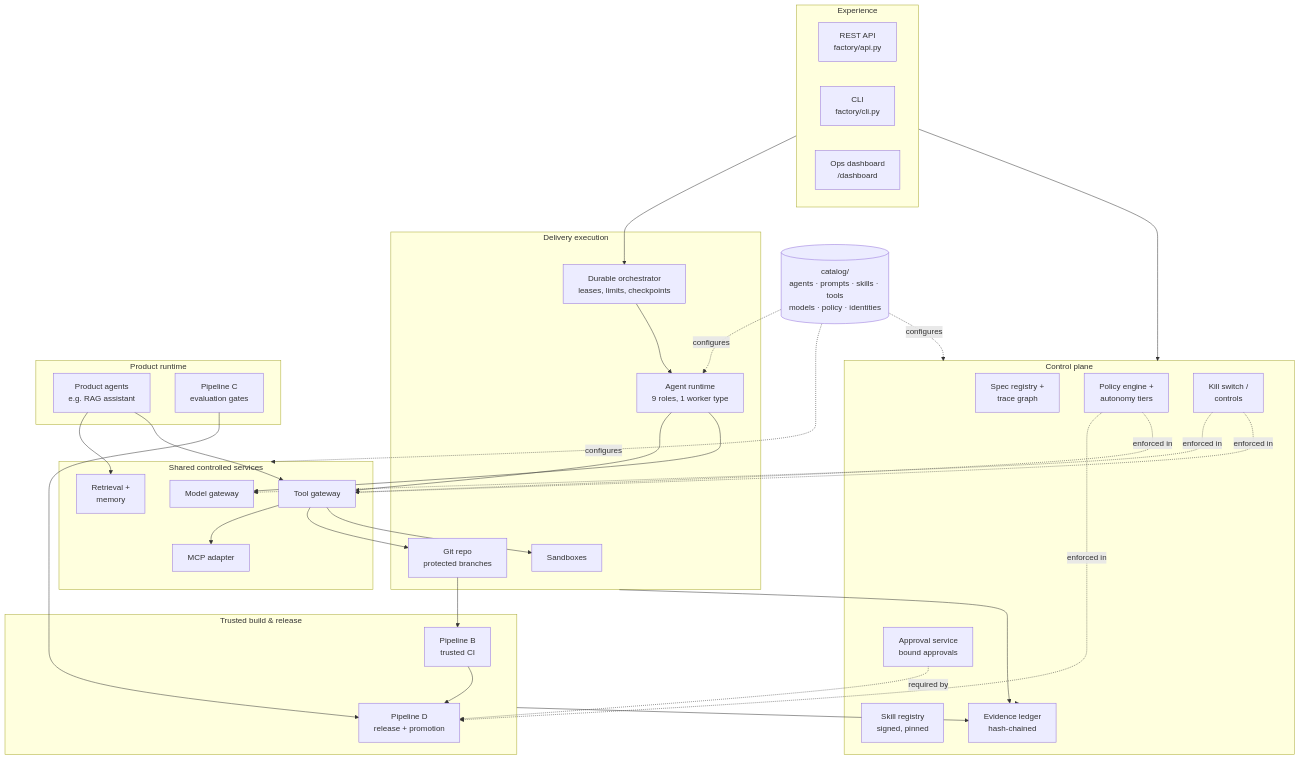
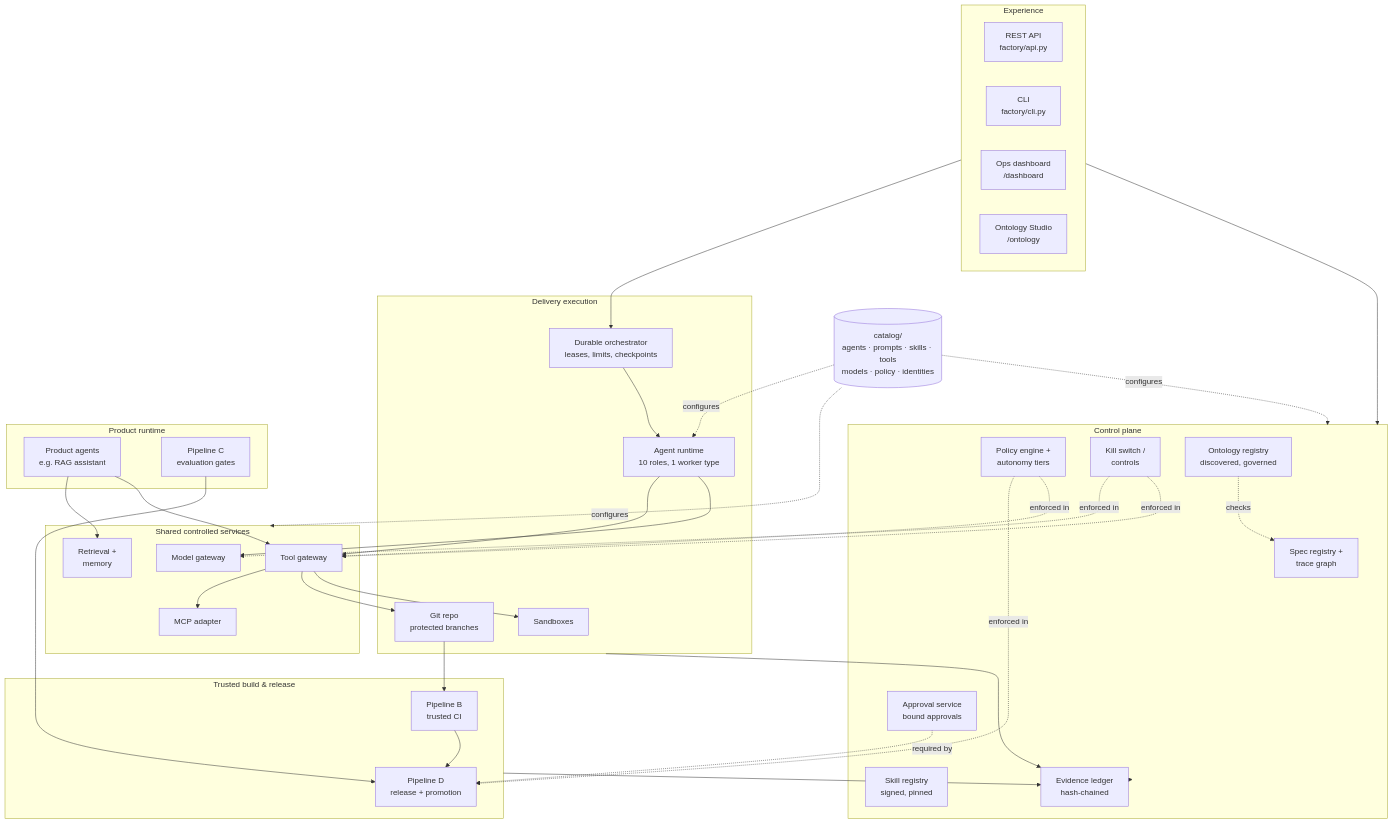
Before and after one commit to sunkarmil-stack/AI-Software-Factory: the first of 4 diagrams in README.md, drawn with Mermaid. The commit also changed other lines of this file and 38 other files, not shown here.

````diff
--- a/README.md
+++ b/README.md
@@ -87,68 +103,71 @@
 ```mermaid
 flowchart TB
     subgraph EXP["Experience"]
         API["REST API<br/>factory/api.py"]
         CLI["CLI<br/>factory/cli.py"]
         DASH["Ops dashboard<br/>/dashboard"]
+        OSTU["Ontology Studio<br/>/ontology"]
     end
 
     subgraph CP["Control plane"]
         SPEC["Spec registry +<br/>trace graph"]
         POL["Policy engine +<br/>autonomy tiers"]
         APR["Approval service<br/>bound approvals"]
         SKR["Skill registry<br/>signed, pinned"]
         EVD["Evidence ledger<br/>hash-chained"]
         CTL["Kill switch /<br/>controls"]
+        ONT["Ontology registry<br/>discovered, governed"]
     end
 
     subgraph DE["Delivery execution"]
         ORC["Durable orchestrator<br/>leases, limits, checkpoints"]
-        AG["Agent runtime<br/>9 roles, 1 worker type"]
+        AG["Agent runtime<br/>10 roles, 1 worker type"]
         SBX["Sandboxes"]
         REPO["Git repo<br/>protected branches"]
     end
 
     subgraph TB2["Trusted build & release"]
         CI["Pipeline B<br/>trusted CI"]
         REL["Pipeline D<br/>release + promotion"]
     end
 
     subgraph SH["Shared controlled services"]
         MGW["Model gateway"]
         TGW["Tool gateway"]
         MCP["MCP adapter"]
         RET["Retrieval +<br/>memory"]
     end
 
     subgraph PR["Product runtime"]
         RAG["Product agents<br/>e.g. RAG assistant"]
         EVAL["Pipeline C<br/>evaluation gates"]
     end
 
     CAT[("catalog/<br/>agents · prompts · skills · tools<br/>models · policy · identities")]
 
     EXP --> CP
     EXP --> ORC
     ORC --> AG
     AG --> MGW
     AG --> TGW
     TGW --> SBX
     TGW --> REPO
     TGW --> MCP
     RAG --> TGW
     RAG --> RET
     REPO --> CI
     CI --> REL
     EVAL --> REL
     CAT -. configures .-> CP
     CAT -. configures .-> AG
     CAT -. configures .-> SH
     POL -. enforced in .-> TGW
     POL -. enforced in .-> REL
     CTL -. enforced in .-> TGW
     CTL -. enforced in .-> MGW
     APR -. required by .-> REL
+    ONT -. checks .-> SPEC
     CP --> EVD
     DE --> EVD
     TB2 --> EVD
 ```
````
